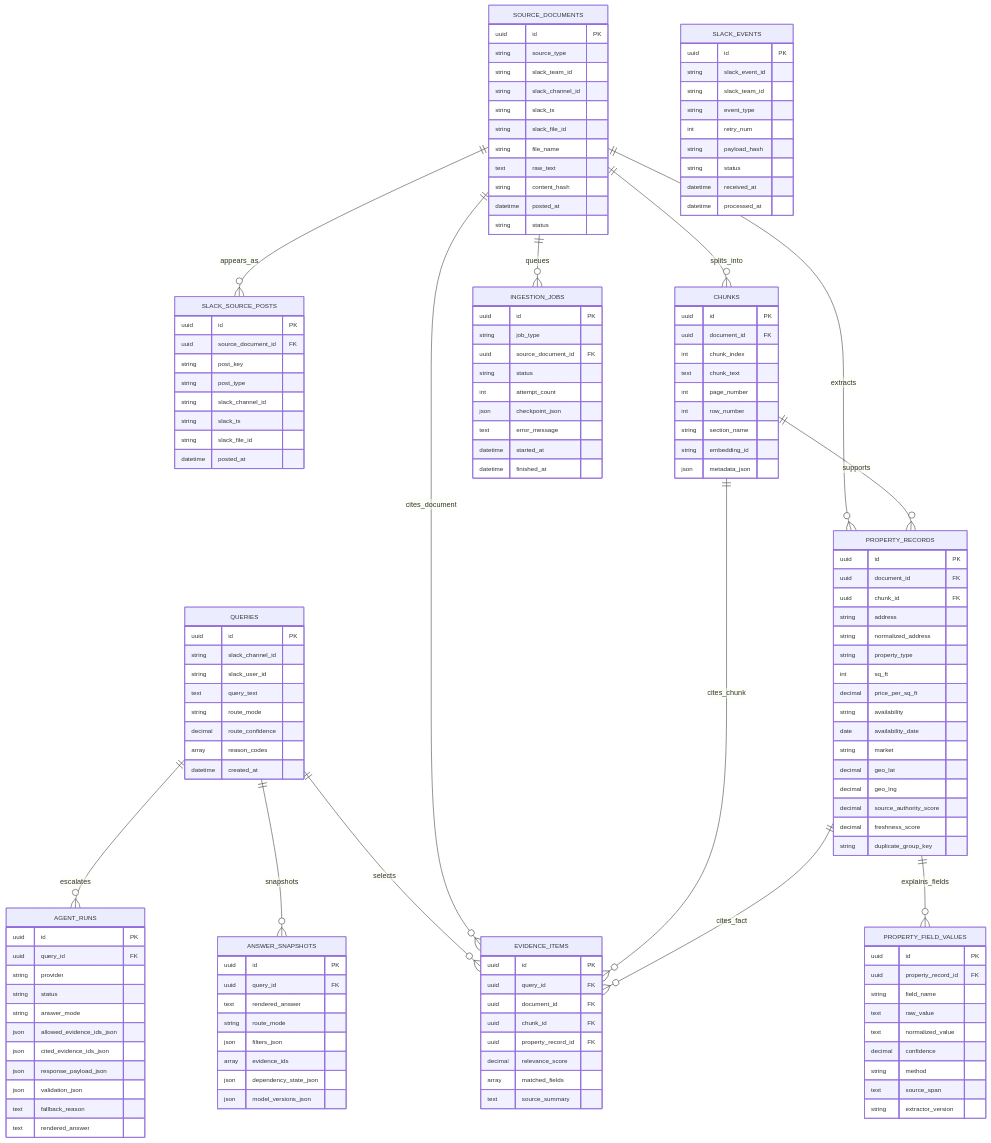
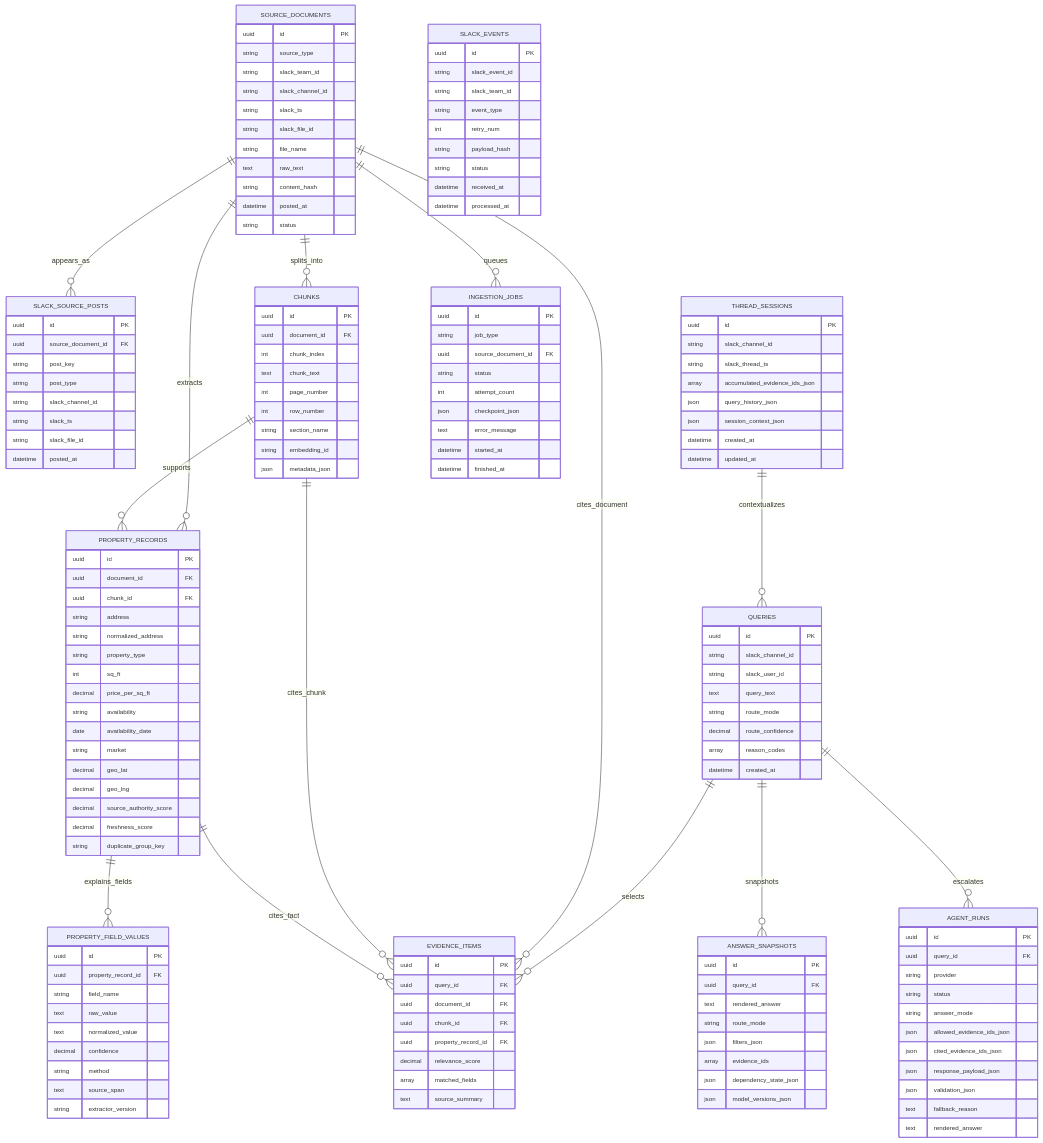
Before and after one commit to Aqwerty321/CRE-Knowledge-Engine: the seventh of 8 diagrams in README.md, drawn with Mermaid. The commit also changed other lines of this file and 23 other files, not shown here.

First line of the commit message:
feat: add follow-up thread session management and suggestion generation

```diff
--- a/README.md
+++ b/README.md
@@ -505,6 +548,7 @@
     CHUNKS ||--o{ PROPERTY_RECORDS : supports
     PROPERTY_RECORDS ||--o{ PROPERTY_FIELD_VALUES : explains_fields
     QUERIES ||--o{ EVIDENCE_ITEMS : selects
+    THREAD_SESSIONS ||--o{ QUERIES : contextualizes
     SOURCE_DOCUMENTS ||--o{ EVIDENCE_ITEMS : cites_document
     CHUNKS ||--o{ EVIDENCE_ITEMS : cites_chunk
     PROPERTY_RECORDS ||--o{ EVIDENCE_ITEMS : cites_fact
@@ -613,6 +657,17 @@
         json model_versions_json
     }
 
+    THREAD_SESSIONS {
+        uuid id PK
+        string slack_channel_id
+        string slack_thread_ts
+        array accumulated_evidence_ids_json
+        json query_history_json
+        json session_context_json
+        datetime created_at
+        datetime updated_at
+    }
+
     AGENT_RUNS {
         uuid id PK
         uuid query_id FK
```
